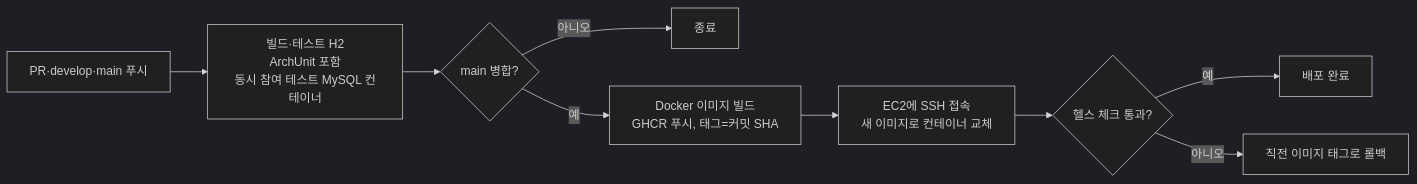
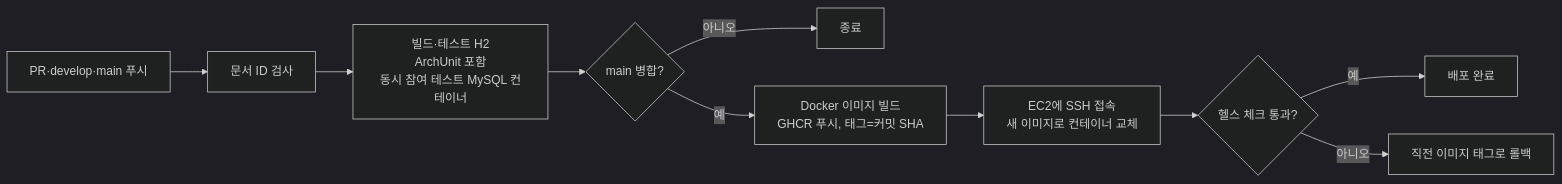
Before and after one commit to kwakseobang/AuDDum: the second of 2 diagrams in docs/테스트-배포.md, drawn with Mermaid (dark theme). The commit also changed other lines of this file and 9 other files, not shown here.

````diff
--- a/docs/테스트-배포.md
+++ b/docs/테스트-배포.md
@@ -159,11 +159,11 @@
 ```mermaid
 flowchart LR
-    A[PR·develop·main 푸시] --> B[빌드·테스트 H2<br/>ArchUnit 포함<br/>동시 참여 테스트 MySQL 컨테이너]
+    A[PR·develop·main 푸시] --> A2[문서 ID 검사] --> B[빌드·테스트 H2<br/>ArchUnit 포함<br/>동시 참여 테스트 MySQL 컨테이너]
     B --> D{main 병합?}
     D -- 아니오 --> Z[종료]
     D -- 예 --> E[Docker 이미지 빌드<br/>GHCR 푸시, 태그=커밋 SHA]
     E --> F[EC2에 SSH 접속<br/>새 이미지로 컨테이너 교체]
     F --> G{헬스 체크 통과?}
     G -- 예 --> H[배포 완료]
     G -- 아니오 --> R[직전 이미지 태그로 롤백]
 ```
````
